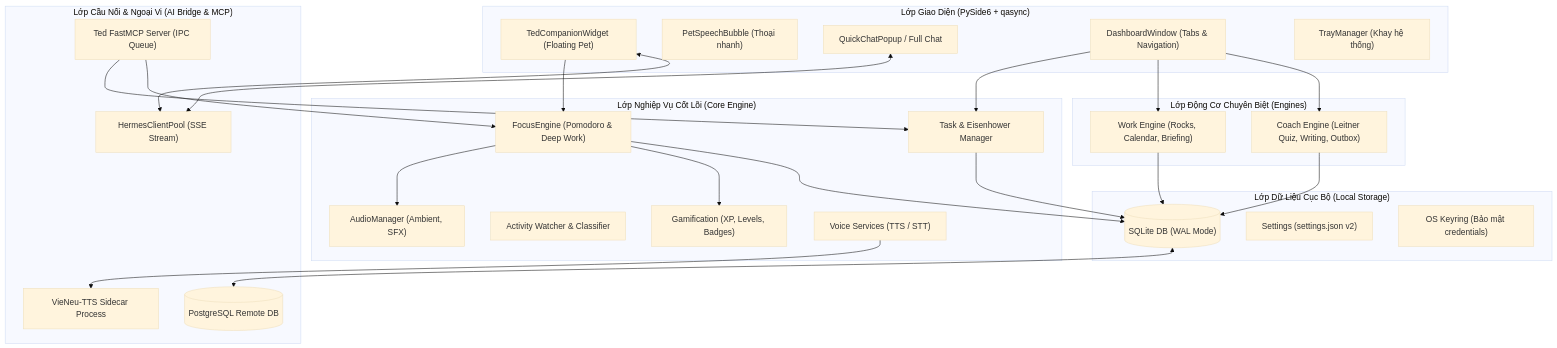
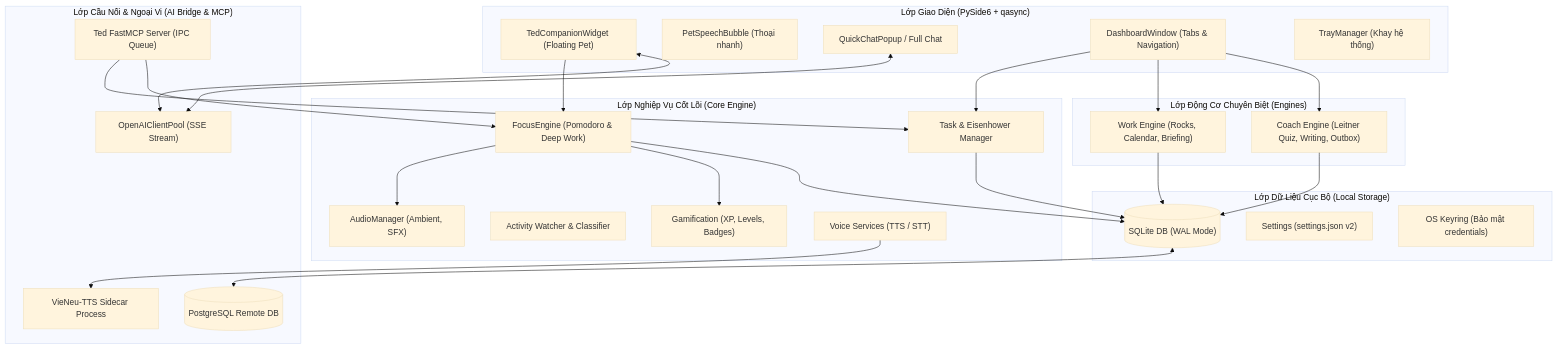
One commit to sondn2010/ted-companion changed the diagram in docs/system-architecture.md. Above: the diagram before and after it, drawn with Mermaid (base theme). The commit also changed other lines of this file and 74 other files, not shown here.

````diff
--- a/docs/system-architecture.md
+++ b/docs/system-architecture.md
@@ -11,56 +11,56 @@
 ```mermaid
 graph TD
     subgraph UI ["Lớp Giao Diện (PySide6 + qasync)"]
         Pet["TedCompanionWidget (Floating Pet)"]
         Bubble["PetSpeechBubble (Thoại nhanh)"]
         Popup["QuickChatPopup / Full Chat"]
         Dash["DashboardWindow (Tabs & Navigation)"]
         Tray["TrayManager (Khay hệ thống)"]
     end
 
     subgraph Core ["Lớp Nghiệp Vụ Cốt Lõi (Core Engine)"]
         Focus["FocusEngine (Pomodoro & Deep Work)"]
         Tasks["Task & Eisenhower Manager"]
         Game["Gamification (XP, Levels, Badges)"]
         Watcher["Activity Watcher & Classifier"]
         Audio["AudioManager (Ambient, SFX)"]
         Voice["Voice Services (TTS / STT)"]
     end
 
     subgraph Engines ["Lớp Động Cơ Chuyên Biệt (Engines)"]
         WorkEng["Work Engine (Rocks, Calendar, Briefing)"]
         CoachEng["Coach Engine (Leitner Quiz, Writing, Outbox)"]
     end
 
     subgraph Storage ["Lớp Dữ Liệu Cục Bộ (Local Storage)"]
         SQLite[("SQLite DB (WAL Mode)")]
         Settings["Settings (settings.json v2)"]
         Keyring["OS Keyring (Bảo mật credentials)"]
     end
 
     subgraph Bridge ["Lớp Cầu Nối & Ngoại Vi (AI Bridge & MCP)"]
-        HermesPool["HermesClientPool (SSE Stream)"]
+        OpenAIPool["OpenAIClientPool (SSE Stream)"]
         MCP["Ted FastMCP Server (IPC Queue)"]
         Sidecar["VieNeu-TTS Sidecar Process"]
         CloudDB[("PostgreSQL Remote DB")]
     end
 
     Pet --> Focus
     Dash --> Tasks
     Dash --> WorkEng
     Dash --> CoachEng
     Focus --> Audio
     Focus --> Game
     Tasks --> SQLite
     Focus --> SQLite
     WorkEng --> SQLite
     CoachEng --> SQLite
 
-    Popup <--> HermesPool
-    Pet <--> HermesPool
+    Popup <--> OpenAIPool
+    Pet <--> OpenAIPool
     MCP --> Tasks
     MCP --> Focus
 
     SQLite <--> CloudDB
     Voice --> Sidecar
 ```
````
